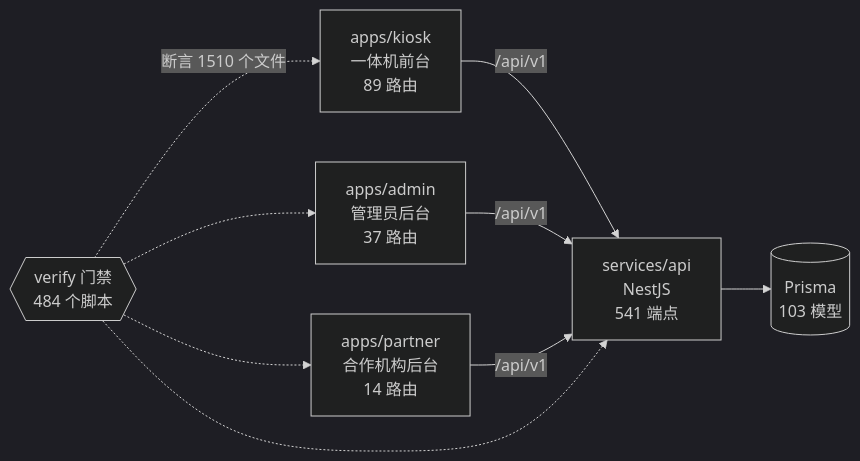
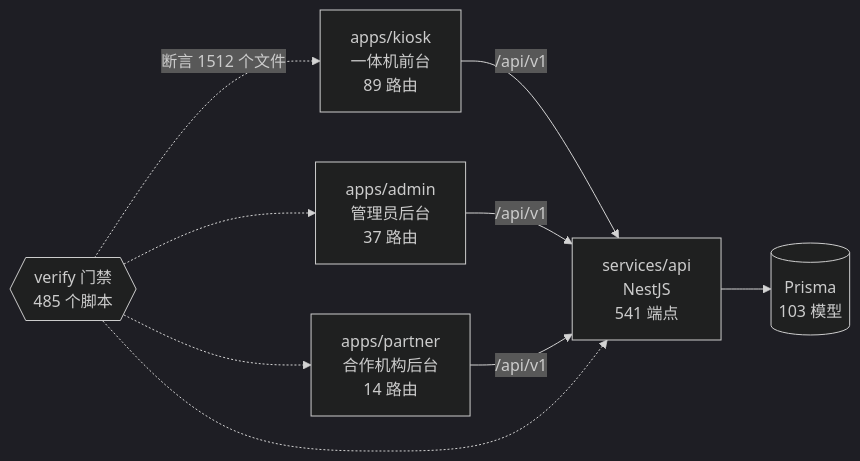
The diagram in docs/graph/README.md (wanglei581/YITIJI), drawn with Mermaid (dark theme) before and after one commit. The commit also changed other lines of this file and 6 other files, not shown here.

````diff
--- a/docs/graph/README.md
+++ b/docs/graph/README.md
@@ -68,18 +68,18 @@
 ```mermaid
 flowchart LR
   kiosk["apps/kiosk<br/>一体机前台<br/>89 路由"]
   admin["apps/admin<br/>管理员后台<br/>37 路由"]
   partner["apps/partner<br/>合作机构后台<br/>14 路由"]
   api["services/api<br/>NestJS<br/>541 端点"]
   db[("Prisma<br/>103 模型")]
-  gates{{"verify 门禁<br/>484 个脚本"}}
+  gates{{"verify 门禁<br/>485 个脚本"}}
 
   kiosk -->|"/api/v1"| api
   admin -->|"/api/v1"| api
   partner -->|"/api/v1"| api
   api --> db
-  gates -.->|"断言 1510 个文件"| kiosk
+  gates -.->|"断言 1512 个文件"| kiosk
   gates -.-> admin
   gates -.-> partner
   gates -.-> api
 ```
````
